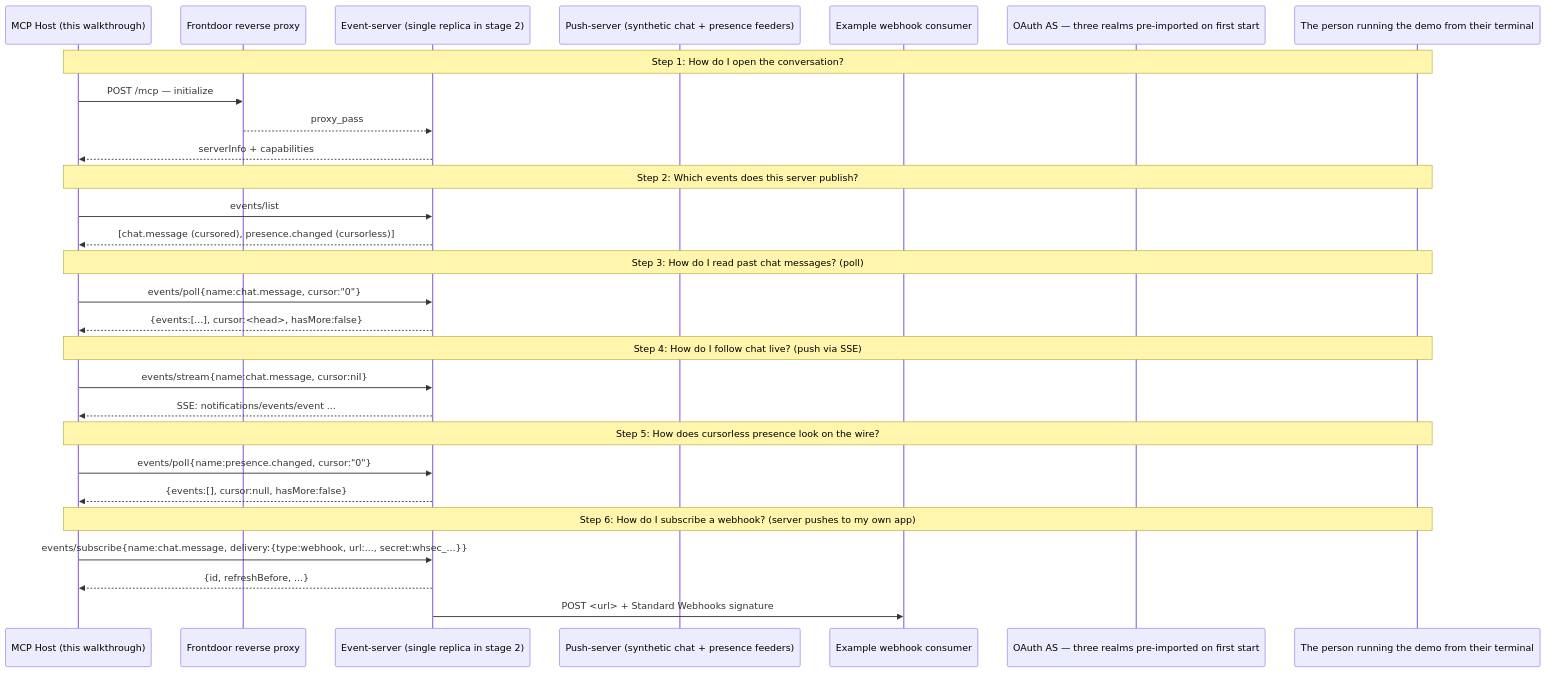
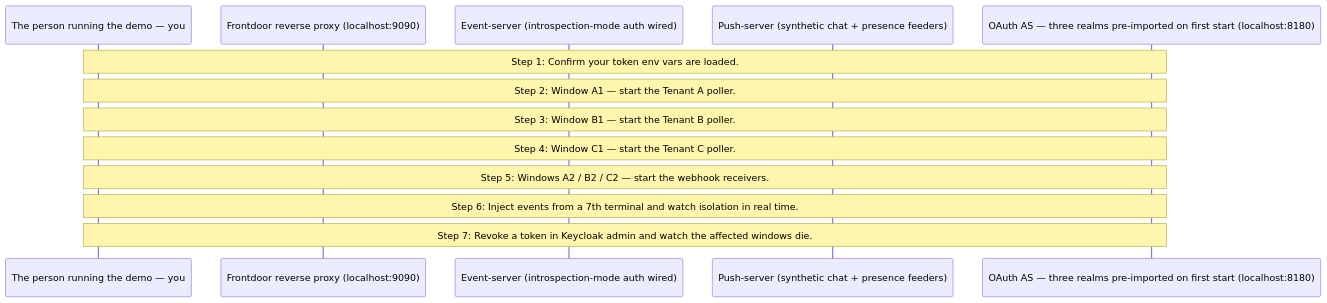
The diagram in examples/events/whole-enchilada/WALKTHROUGH.md (panyam/mcpkit), drawn with Mermaid before and after one commit. The commit also changed other lines of this file and 9 other files, not shown here.

````diff
--- a/examples/events/whole-enchilada/WALKTHROUGH.md
+++ b/examples/events/whole-enchilada/WALKTHROUGH.md
@@ -16,36 +17,22 @@
 ```mermaid
 sequenceDiagram
-    participant Host as MCP Host (this walkthrough)
-    participant Nginx as Frontdoor reverse proxy
-    participant Server as Event-server (single replica in stage 2)
+    participant Operator as The person running the demo — you
+    participant Nginx as Frontdoor reverse proxy (localhost:9090)
+    participant Server as Event-server (introspection-mode auth wired)
     participant PushServer as Push-server (synthetic chat + presence feeders)
-    participant Receiver as Example webhook consumer
-    participant Keycloak as OAuth AS — three realms pre-imported on first start
-    participant Operator as The person running the demo from their terminal
+    participant Keycloak as OAuth AS — three realms pre-imported on first start (localhost:8180)
 
-    Note over Host,Operator: Step 1: How do I open the conversation?
-    Host->>Nginx: POST /mcp — initialize
-    Nginx-->>Server: proxy_pass
-    Server-->>Host: serverInfo + capabilities
+    Note over Operator,Keycloak: Step 1: Confirm your token env vars are loaded.
 
-    Note over Host,Operator: Step 2: Which events does this server publish?
-    Host->>Server: events/list
-    Server-->>Host: [chat.message (cursored), presence.changed (cursorless)]
+    Note over Operator,Keycloak: Step 2: Window A1 — start the Tenant A poller.
 
-    Note over Host,Operator: Step 3: How do I read past chat messages? (poll)
-    Host->>Server: events/poll{name:chat.message, cursor:"0"}
-    Server-->>Host: {events:[...], cursor:<head>, hasMore:false}
+    Note over Operator,Keycloak: Step 3: Window B1 — start the Tenant B poller.
 
-    Note over Host,Operator: Step 4: How do I follow chat live? (push via SSE)
-    Host->>Server: events/stream{name:chat.message, cursor:nil}
-    Server-->>Host: SSE: notifications/events/event ...
+    Note over Operator,Keycloak: Step 4: Window C1 — start the Tenant C poller.
 
-    Note over Host,Operator: Step 5: How does cursorless presence look on the wire?
-    Host->>Server: events/poll{name:presence.changed, cursor:"0"}
-    Server-->>Host: {events:[], cursor:null, hasMore:false}
+    Note over Operator,Keycloak: Step 5: Windows A2 / B2 / C2 — start the webhook receivers.
 
-    Note over Host,Operator: Step 6: How do I subscribe a webhook? (server pushes to my own app)
-    Host->>Server: events/subscribe{name:chat.message, delivery:{type:webhook, url:..., secret:whsec_...}}
-    Server-->>Host: {id, refreshBefore, ...}
-    Server->>Receiver: POST <url> + Standard Webhooks signature
+    Note over Operator,Keycloak: Step 6: Inject events from a 7th terminal and watch isolation in real time.
+
+    Note over Operator,Keycloak: Step 7: Revoke a token in Keycloak admin and watch the affected windows die.
 ```
````
